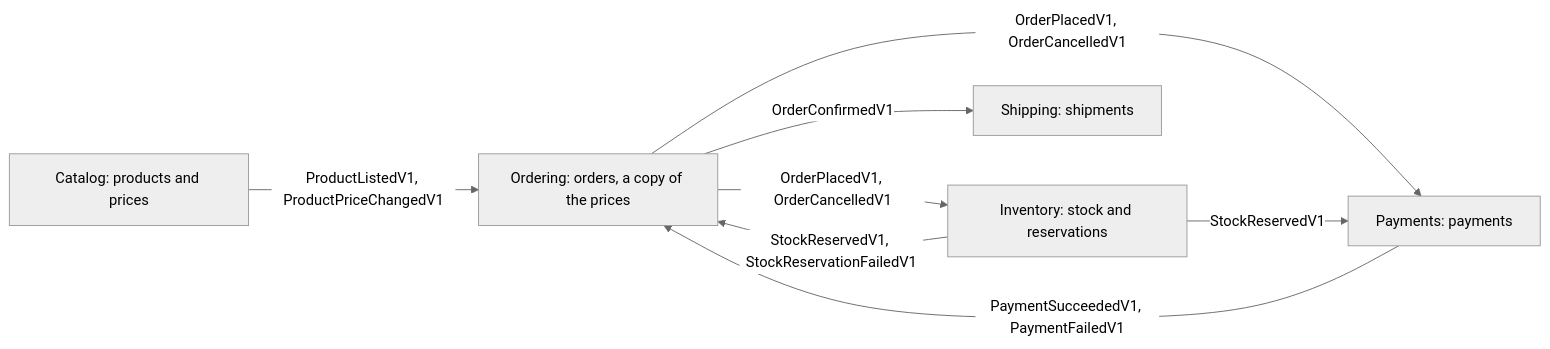
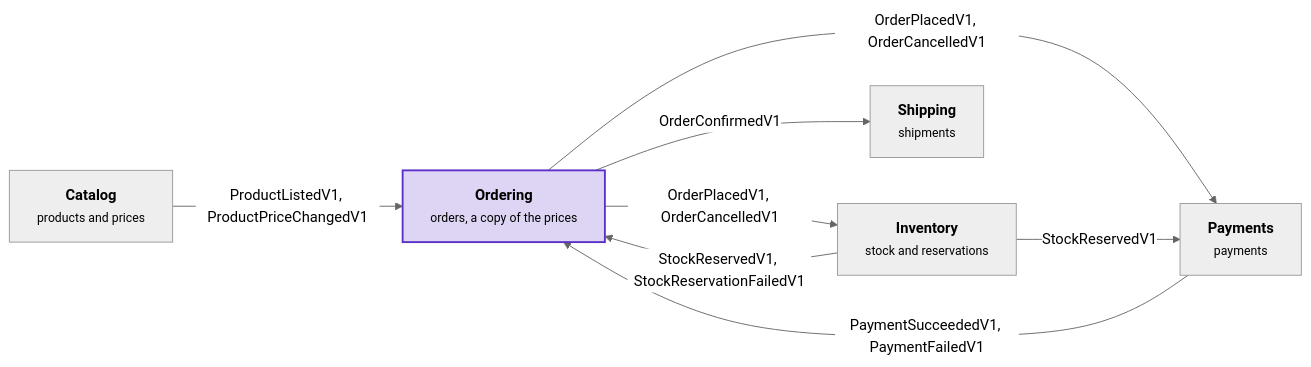
One commit to DylanSnel/DDDToolkit changed the second of 3 diagrams in docs/module-contracts.md. Above: the diagram before and after it, drawn with Mermaid (neutral theme). The commit also changed other lines of this file and 41 other files, not shown here.

First line of the commit message:
Docs: plain prose, one word per concept, and readable diagrams on every page

````diff
--- a/docs/module-contracts.md
+++ b/docs/module-contracts.md
@@ -139,16 +140,18 @@
 ```mermaid
 flowchart LR
-    Catalog["Catalog: products and prices"]
-    Ordering["Ordering: orders, a copy of the prices"]
-    Inventory["Inventory: stock and reservations"]
-    Payments["Payments: payments"]
-    Shipping["Shipping: shipments"]
+    catalog["<b>Catalog</b><br/><small>products and prices</small>"]
+    ordering["<b>Ordering</b><br/><small>orders, a copy of the prices</small>"]
+    inventory["<b>Inventory</b><br/><small>stock and reservations</small>"]
+    payments["<b>Payments</b><br/><small>payments</small>"]
+    shipping["<b>Shipping</b><br/><small>shipments</small>"]
 
-    Catalog -->|"ProductListedV1, ProductPriceChangedV1"| Ordering
-    Ordering -->|"OrderPlacedV1, OrderCancelledV1"| Inventory
-    Ordering -->|"OrderPlacedV1, OrderCancelledV1"| Payments
-    Inventory -->|"StockReservedV1"| Payments
-    Inventory -->|"StockReservedV1, StockReservationFailedV1"| Ordering
-    Payments -->|"PaymentSucceededV1, PaymentFailedV1"| Ordering
-    Ordering -->|"OrderConfirmedV1"| Shipping
+    catalog -->|"ProductListedV1, ProductPriceChangedV1"| ordering
+    ordering -->|"OrderPlacedV1, OrderCancelledV1"| inventory
+    ordering -->|"OrderPlacedV1, OrderCancelledV1"| payments
+    inventory -->|"StockReservedV1"| payments
+    inventory -->|"StockReservedV1, StockReservationFailedV1"| ordering
+    payments -->|"PaymentSucceededV1, PaymentFailedV1"| ordering
+    ordering -->|"OrderConfirmedV1"| shipping
+    classDef strong fill:#5b2ec933,stroke:#5b2ec9,stroke-width:2px
+    class ordering strong
 ```
````
